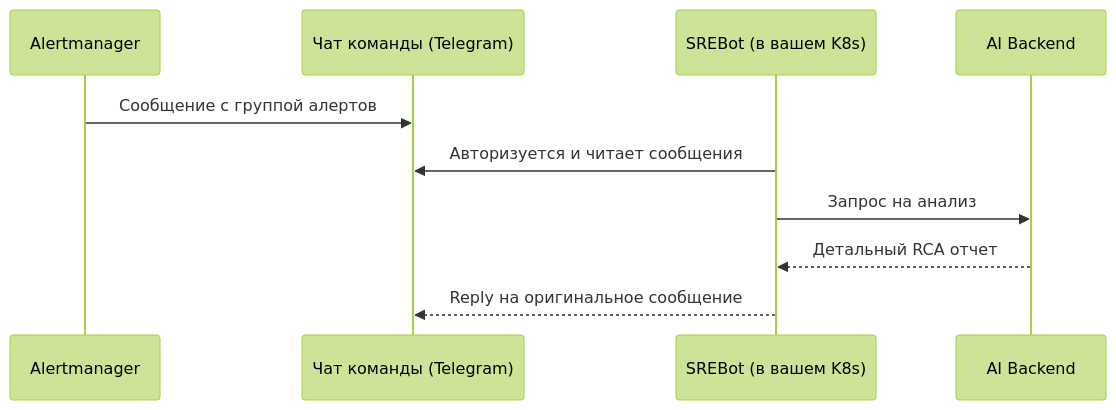
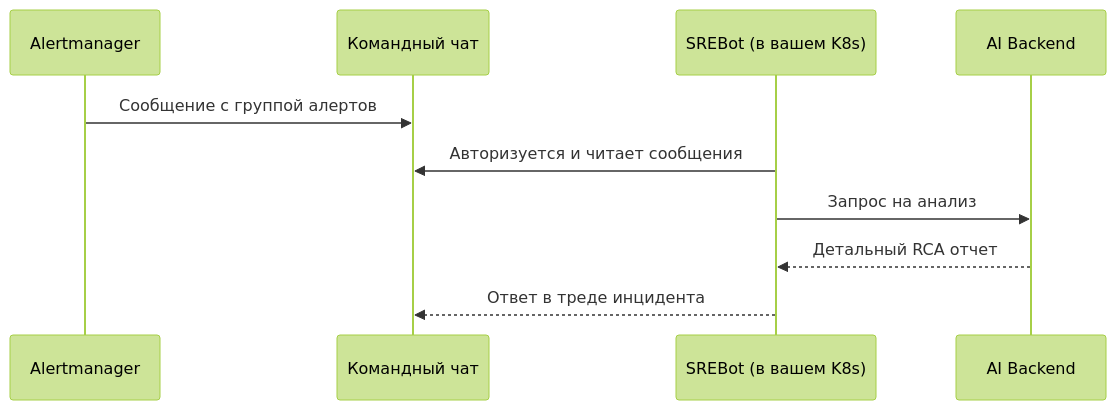
One commit to shadrus/srebot-docs changed the diagram in docs/guide/introduction.md. Above: the diagram before and after it, drawn with Mermaid (forest theme). The commit also changed other lines of this file and 16 other files, not shown here.

````diff
--- a/docs/guide/introduction.md
+++ b/docs/guide/introduction.md
@@ -14,13 +17,13 @@
 ```mermaid
 sequenceDiagram
     participant Alertmanager
-    participant TelegramChat as Чат команды (Telegram)
+    participant TeamChat as Командный чат
     participant SREBot as SREBot (в вашем K8s)
     participant Backend as AI Backend
 
-    Alertmanager->>TelegramChat: Сообщение с группой алертов
-    SREBot->>TelegramChat: Авторизуется и читает сообщения
+    Alertmanager->>TeamChat: Сообщение с группой алертов
+    SREBot->>TeamChat: Авторизуется и читает сообщения
     SREBot->>Backend: Запрос на анализ
     Backend-->>SREBot: Детальный RCA отчет
-    SREBot-->>TelegramChat: Reply на оригинальное сообщение
+    SREBot-->>TeamChat: Ответ в треде инцидента
 ```
````
